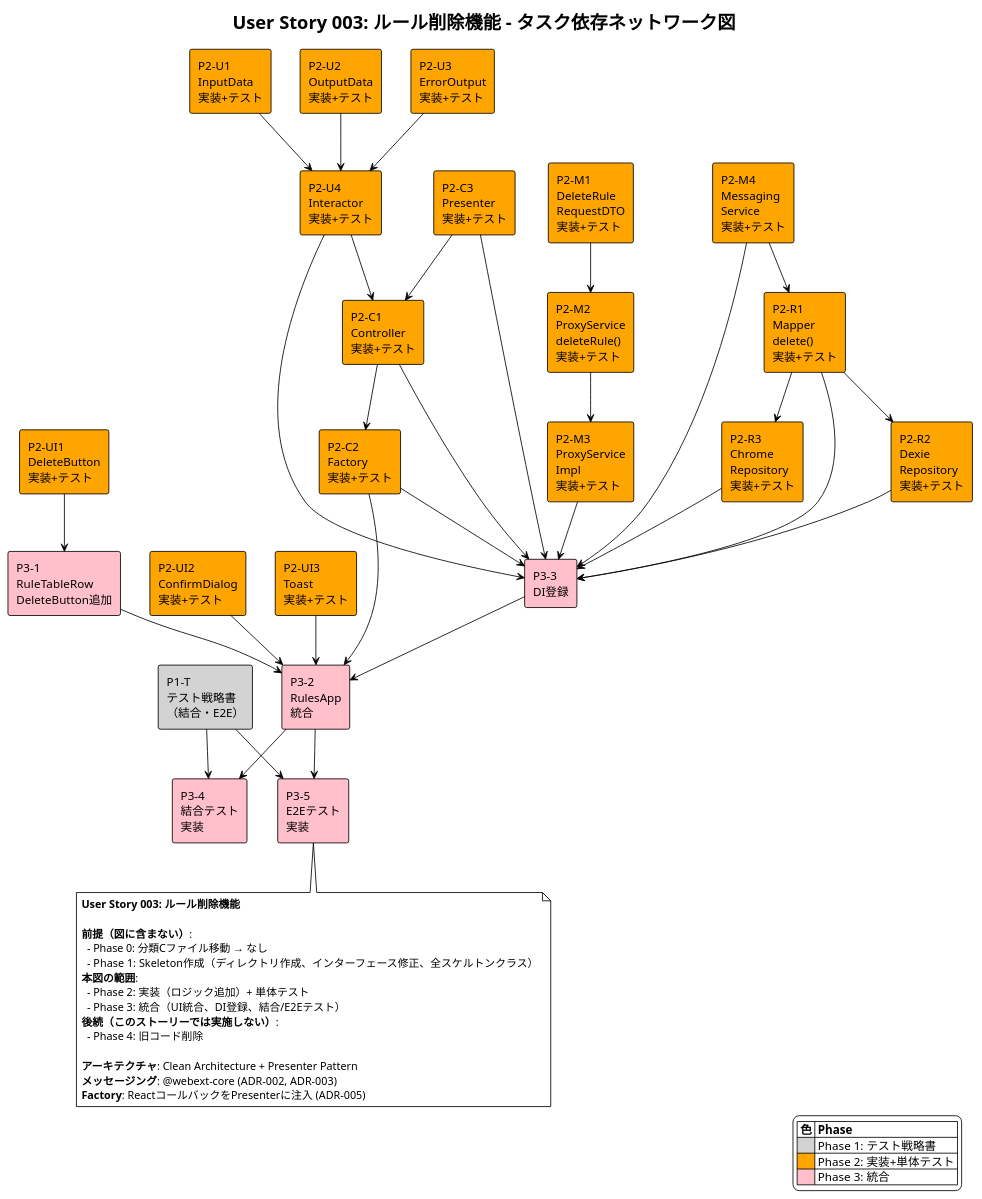
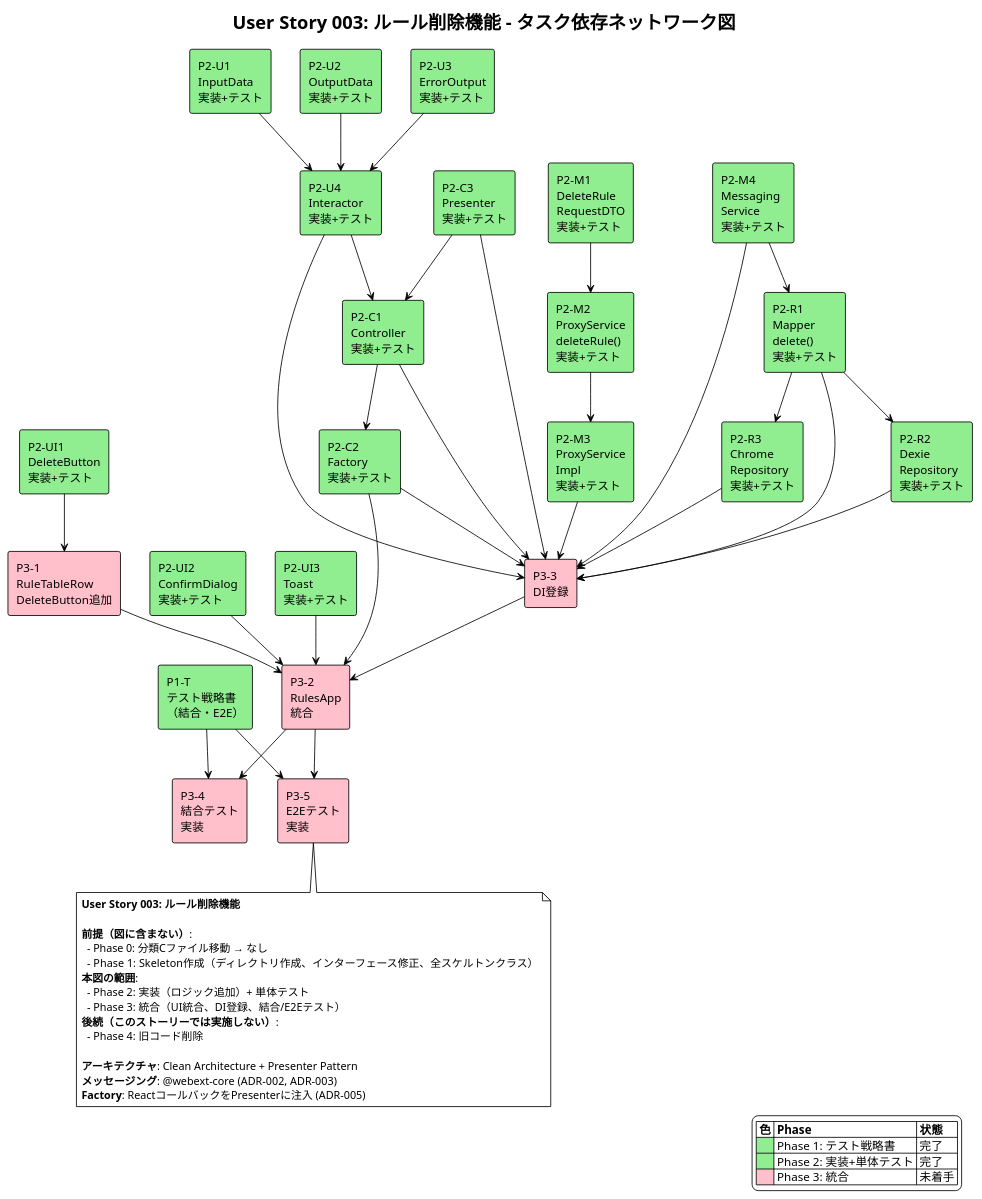
One commit to akAredminEogre/frog-frame-front changed the diagram in docs/user-stories/user-story-003/network-diagram.puml. Above: the diagram before and after it, drawn with PlantUML. The commit also changed 1 other file, not shown here.

Commit message:
docs(user-story-003): update network diagram with green color for completed tasks
- Change Phase 1 and Phase 2 tasks from orange/lightgray to lightgreen
- Update legend to show completion status
- Remove inline Mermaid diagrams from README.md, link to PlantUML file instead

```diff
--- a/docs/user-stories/user-story-003/network-diagram.puml
+++ b/docs/user-stories/user-story-003/network-diagram.puml
@@ -1,103 +1,103 @@
 @startuml user-story-003-network-diagram
 !theme plain
 title User Story 003: ルール削除機能 - タスク依存ネットワーク図
 
 ' Phase 1: テスト戦略書
-rectangle "P1-T\nテスト戦略書\n（結合・E2E）" as testStrategy #lightgray
+rectangle "P1-T\nテスト戦略書\n（結合・E2E）" as testStrategy #lightgreen
 
 ' Phase 2: 実装 - メッセージング
-rectangle "P2-M1\nDeleteRule\nRequestDTO\n実装+テスト" as requestDtoImpl #orange
-rectangle "P2-M2\nProxyService\ndeleteRule()\n実装+テスト" as proxyImpl #orange
-rectangle "P2-M3\nProxyService\nImpl\n実装+テスト" as proxyImplImpl #orange
-rectangle "P2-M4\nMessaging\nService\n実装+テスト" as msgImpl #orange
+rectangle "P2-M1\nDeleteRule\nRequestDTO\n実装+テスト" as requestDtoImpl #lightgreen
+rectangle "P2-M2\nProxyService\ndeleteRule()\n実装+テスト" as proxyImpl #lightgreen
+rectangle "P2-M3\nProxyService\nImpl\n実装+テスト" as proxyImplImpl #lightgreen
+rectangle "P2-M4\nMessaging\nService\n実装+テスト" as msgImpl #lightgreen
 
 ' Phase 2: 実装 - Mapper/Repository
-rectangle "P2-R1\nMapper\ndelete()\n実装+テスト" as mapperImpl #orange
-rectangle "P2-R2\nDexie\nRepository\n実装+テスト" as dexieImpl #orange
-rectangle "P2-R3\nChrome\nRepository\n実装+テスト" as chromeImpl #orange
+rectangle "P2-R1\nMapper\ndelete()\n実装+テスト" as mapperImpl #lightgreen
+rectangle "P2-R2\nDexie\nRepository\n実装+テスト" as dexieImpl #lightgreen
+rectangle "P2-R3\nChrome\nRepository\n実装+テスト" as chromeImpl #lightgreen
 
 ' Phase 2: 実装 - UseCase
-rectangle "P2-U1\nInputData\n実装+テスト" as inputImpl #orange
-rectangle "P2-U2\nOutputData\n実装+テスト" as outputImpl #orange
-rectangle "P2-U3\nErrorOutput\n実装+テスト" as errorImpl #orange
-rectangle "P2-U4\nInteractor\n実装+テスト" as interactorImpl #orange
+rectangle "P2-U1\nInputData\n実装+テスト" as inputImpl #lightgreen
+rectangle "P2-U2\nOutputData\n実装+テスト" as outputImpl #lightgreen
+rectangle "P2-U3\nErrorOutput\n実装+テスト" as errorImpl #lightgreen
+rectangle "P2-U4\nInteractor\n実装+テスト" as interactorImpl #lightgreen
 
 ' Phase 2: 実装 - Controller/Presenter
-rectangle "P2-C1\nController\n実装+テスト" as controllerImpl #orange
-rectangle "P2-C2\nFactory\n実装+テスト" as factoryImpl #orange
-rectangle "P2-C3\nPresenter\n実装+テスト" as presenterImpl #orange
+rectangle "P2-C1\nController\n実装+テスト" as controllerImpl #lightgreen
+rectangle "P2-C2\nFactory\n実装+テスト" as factoryImpl #lightgreen
+rectangle "P2-C3\nPresenter\n実装+テスト" as presenterImpl #lightgreen
 
 ' Phase 2: 実装 - UI
-rectangle "P2-UI1\nDeleteButton\n実装+テスト" as deleteBtnImpl #orange
-rectangle "P2-UI2\nConfirmDialog\n実装+テスト" as confirmImpl #orange
-rectangle "P2-UI3\nToast\n実装+テスト" as toastImpl #orange
+rectangle "P2-UI1\nDeleteButton\n実装+テスト" as deleteBtnImpl #lightgreen
+rectangle "P2-UI2\nConfirmDialog\n実装+テスト" as confirmImpl #lightgreen
+rectangle "P2-UI3\nToast\n実装+テスト" as toastImpl #lightgreen
 
 ' Phase 3: 統合
 rectangle "P3-1\nRuleTableRow\nDeleteButton追加" as tableRowInteg #pink
 rectangle "P3-2\nRulesApp\n統合" as rulesAppInteg #pink
 rectangle "P3-3\nDI登録" as diReg #pink
 rectangle "P3-4\n結合テスト\n実装" as integrationTest #pink
 rectangle "P3-5\nE2Eテスト\n実装" as e2eTest #pink
 
 ' 依存関係: Phase 2 内部
 requestDtoImpl --> proxyImpl
 proxyImpl --> proxyImplImpl
 msgImpl --> mapperImpl
 mapperImpl --> dexieImpl
 mapperImpl --> chromeImpl
 inputImpl --> interactorImpl
 outputImpl --> interactorImpl
 errorImpl --> interactorImpl
 interactorImpl --> controllerImpl
 presenterImpl --> controllerImpl
 controllerImpl --> factoryImpl
 
 ' 依存関係: Phase 2 → Phase 3
 deleteBtnImpl --> tableRowInteg
 tableRowInteg --> rulesAppInteg
 confirmImpl --> rulesAppInteg
 toastImpl --> rulesAppInteg
 factoryImpl --> rulesAppInteg
 controllerImpl --> diReg
 presenterImpl --> diReg
 factoryImpl --> diReg
 interactorImpl --> diReg
 proxyImplImpl --> diReg
 msgImpl --> diReg
 mapperImpl --> diReg
 dexieImpl --> diReg
 chromeImpl --> diReg
 diReg --> rulesAppInteg
 
 ' 依存関係: テスト
 testStrategy --> integrationTest
 testStrategy --> e2eTest
 rulesAppInteg --> integrationTest
 rulesAppInteg --> e2eTest
 
 ' 凡例
 legend right
-  |= 色 |= Phase |
-  | <#lightgray> | Phase 1: テスト戦略書 |
-  | <#orange> | Phase 2: 実装+単体テスト |
-  | <#pink> | Phase 3: 統合 |
+  |= 色 |= Phase |= 状態 |
+  | <#lightgreen> | Phase 1: テスト戦略書 | 完了 |
+  | <#lightgreen> | Phase 2: 実装+単体テスト | 完了 |
+  | <#pink> | Phase 3: 統合 | 未着手 |
 endlegend
 
 note bottom
 **User Story 003: ルール削除機能**
 
 **前提（図に含まない）**:
   - Phase 0: 分類Cファイル移動 → なし
   - Phase 1: Skeleton作成（ディレクトリ作成、インターフェース修正、全スケルトンクラス）
 **本図の範囲**:
   - Phase 2: 実装（ロジック追加）+ 単体テスト
   - Phase 3: 統合（UI統合、DI登録、結合/E2Eテスト）
 **後続（このストーリーでは実施しない）**:
   - Phase 4: 旧コード削除
 
 **アーキテクチャ**: Clean Architecture + Presenter Pattern
 **メッセージング**: @webext-core (ADR-002, ADR-003)
 **Factory**: ReactコールバックをPresenterに注入 (ADR-005)
 end note
 
 @enduml
```
